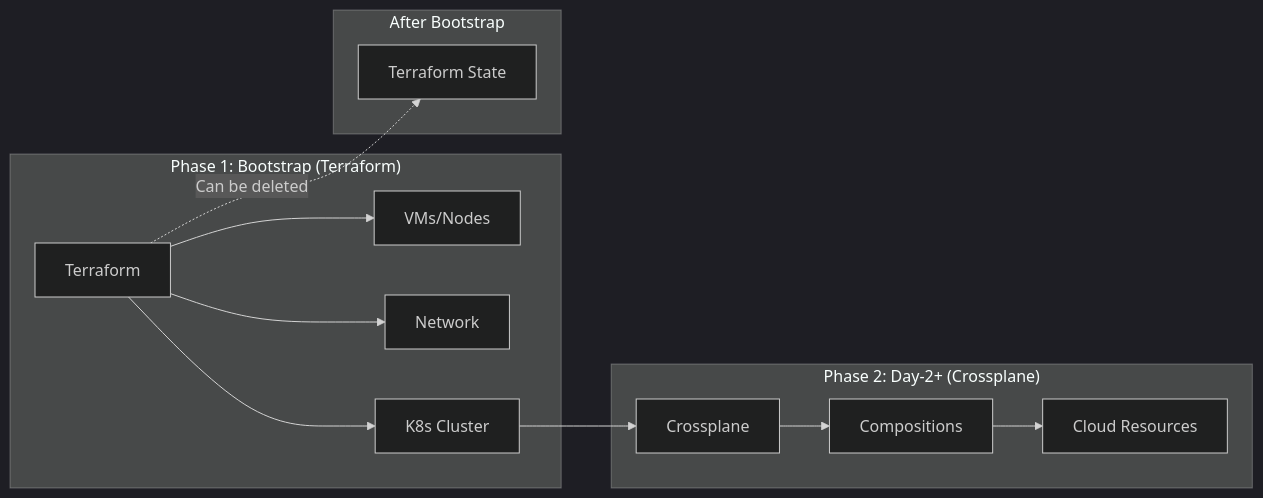
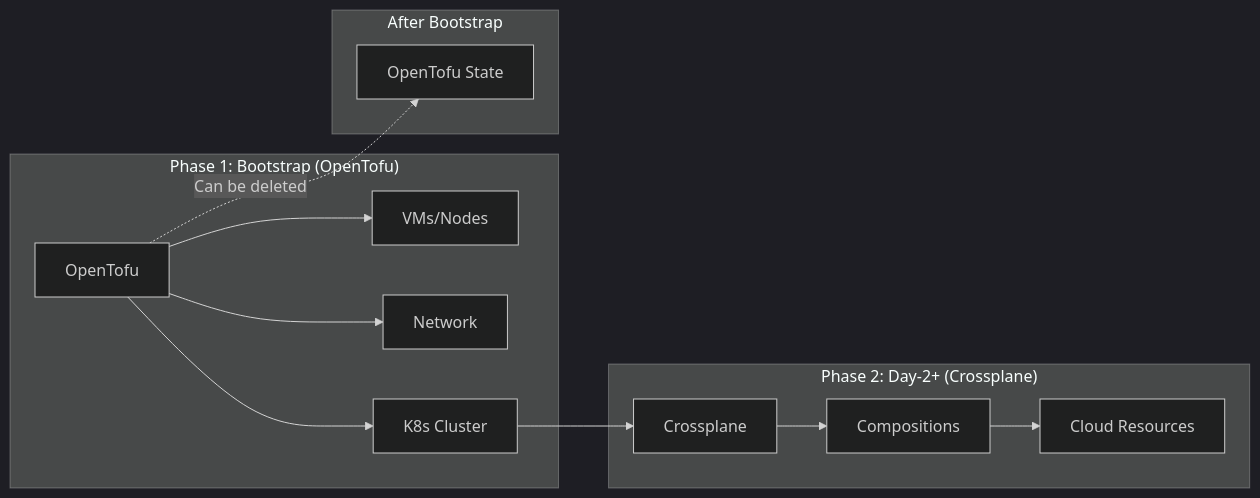
One commit to openova-io/openova changed the second of 5 diagrams in docs/PLATFORM-TECH-STACK.md. Above: the diagram before and after it, drawn with Mermaid (dark theme). The commit also changed other lines of this file and 35 other files, not shown here.

````diff
--- a/docs/PLATFORM-TECH-STACK.md
+++ b/docs/PLATFORM-TECH-STACK.md
@@ -71,27 +71,27 @@
 ```mermaid
 flowchart LR
-    subgraph Phase1["Phase 1: Bootstrap (Terraform)"]
-        TF[Terraform]
+    subgraph Phase1["Phase 1: Bootstrap (OpenTofu)"]
+        TF[OpenTofu]
         VMs[VMs/Nodes]
         Net[Network]
         K8s[K8s Cluster]
     end
 
     subgraph Phase2["Phase 2: Day-2+ (Crossplane)"]
         CP[Crossplane]
         XR[Compositions]
         Cloud[Cloud Resources]
     end
 
     subgraph Deleted["After Bootstrap"]
-        TFState[Terraform State]
+        TFState[OpenTofu State]
     end
 
     TF --> VMs
     TF --> Net
     TF --> K8s
     K8s --> CP
     CP --> XR
     XR --> Cloud
     TF -.->|"Can be deleted"| TFState
 ```
````
